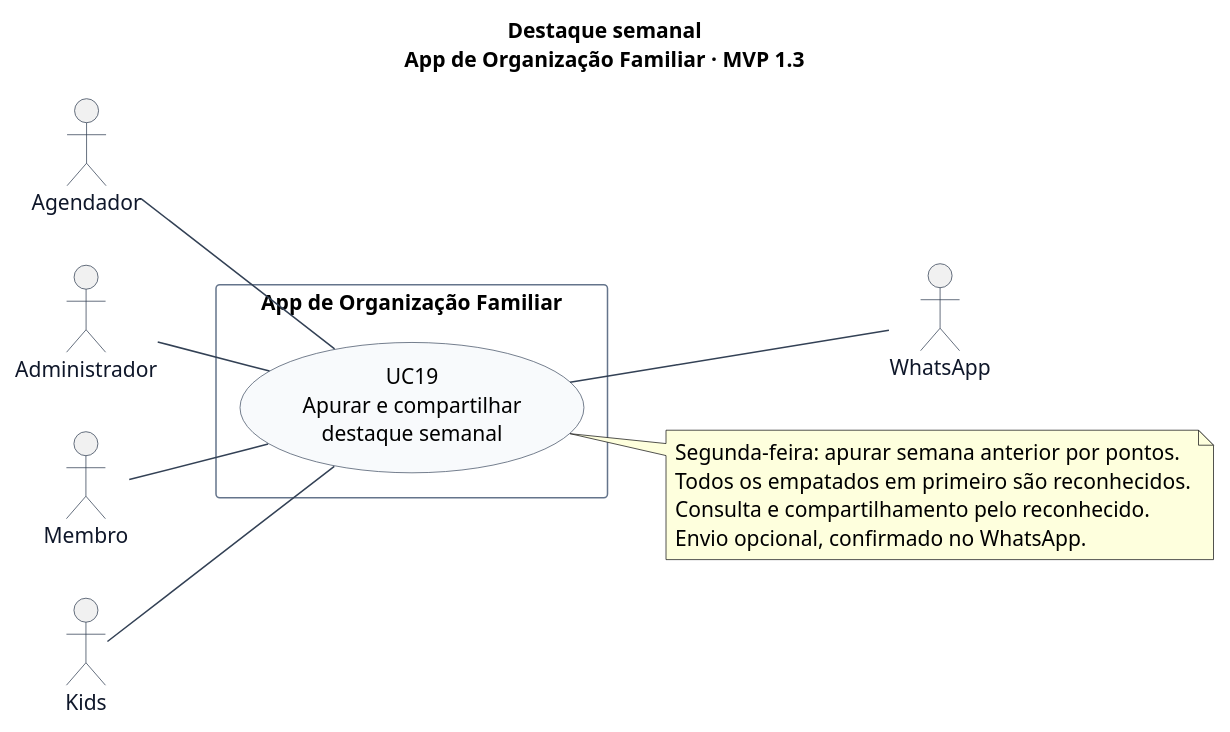
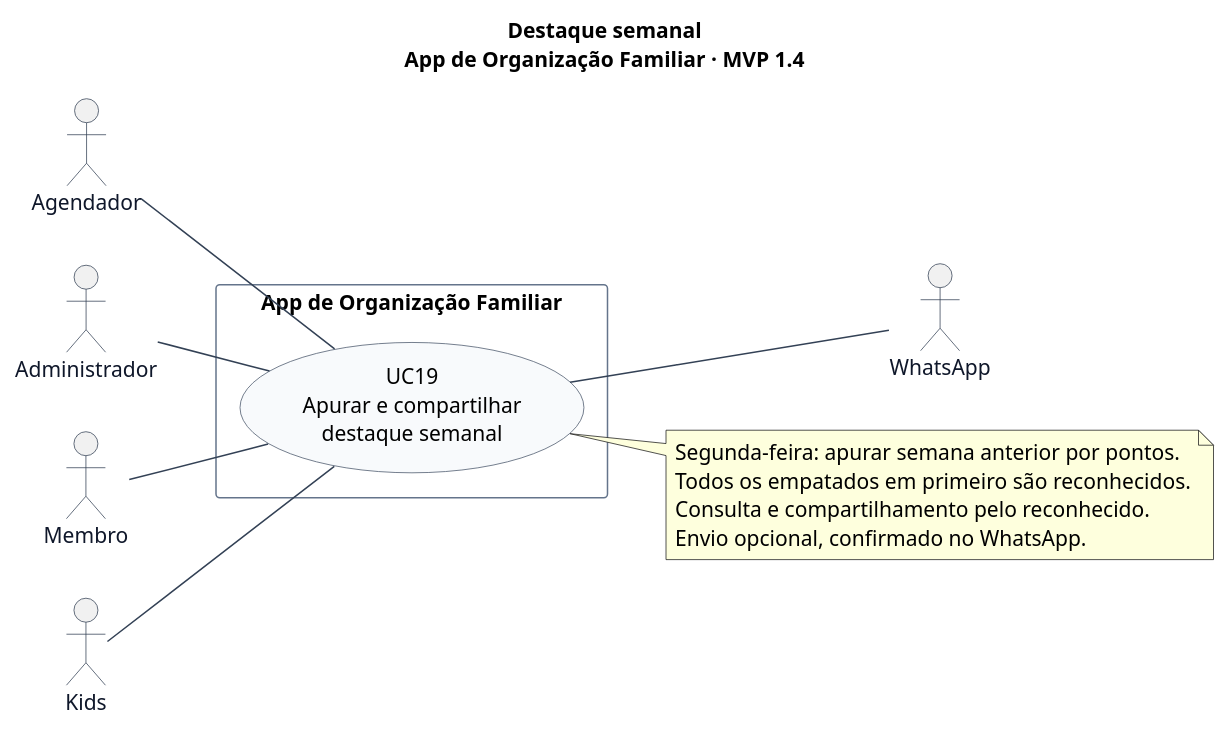
One commit to lizandramalta/App-Rotina-Familiar changed the diagram in docs/diagramas/casos-de-uso/06-destaque-semanal.puml. Above: the diagram before and after it, drawn with PlantUML. The commit also changed 20 other files, not shown here.

```diff
--- a/docs/diagramas/casos-de-uso/06-destaque-semanal.puml
+++ b/docs/diagramas/casos-de-uso/06-destaque-semanal.puml
@@ -1,37 +1,37 @@
 @startuml
 ' Fonte editável. Renderização: java -jar plantuml.jar -charset UTF-8 -tsvg *.puml
 left to right direction
 skinparam shadowing false
 skinparam backgroundColor white
 skinparam defaultFontName SansSerif
 skinparam defaultFontSize 14
 skinparam ArrowColor #334155
 skinparam actorBorderColor #334155
 skinparam actorFontColor #0F172A
 skinparam usecaseBackgroundColor #F8FAFC
 skinparam usecaseBorderColor #475569
 skinparam rectangleBorderColor #64748B
 skinparam packageStyle rectangle
 skinparam nodesep 32
 skinparam ranksep 55
-title Destaque semanal\nApp de Organização Familiar · MVP 1.3
+title Destaque semanal\nApp de Organização Familiar · MVP 1.4
 actor "Agendador" as Agendador
 actor "Administrador" as Admin
 actor "Membro" as Membro
 actor "Kids" as Kids
 actor "WhatsApp" as WhatsApp
 rectangle "App de Organização Familiar" {
   usecase "UC19\nApurar e compartilhar\ndestaque semanal" as UC19
 }
 Agendador -- UC19
 Admin -- UC19
 Membro -- UC19
 Kids -- UC19
 UC19 -- WhatsApp
 note right of UC19
   Segunda-feira: apurar semana anterior por pontos.
   Todos os empatados em primeiro são reconhecidos.
   Consulta e compartilhamento pelo reconhecido.
   Envio opcional, confirmado no WhatsApp.
 end note
 @enduml
```
